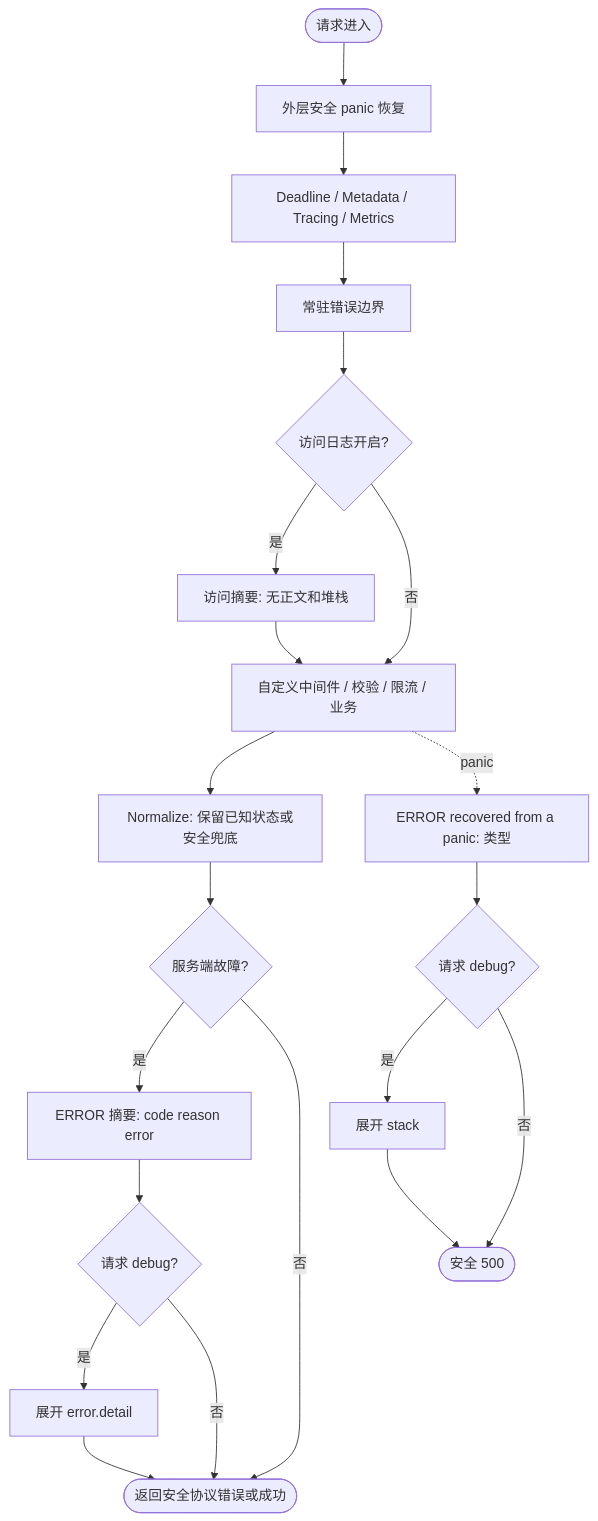
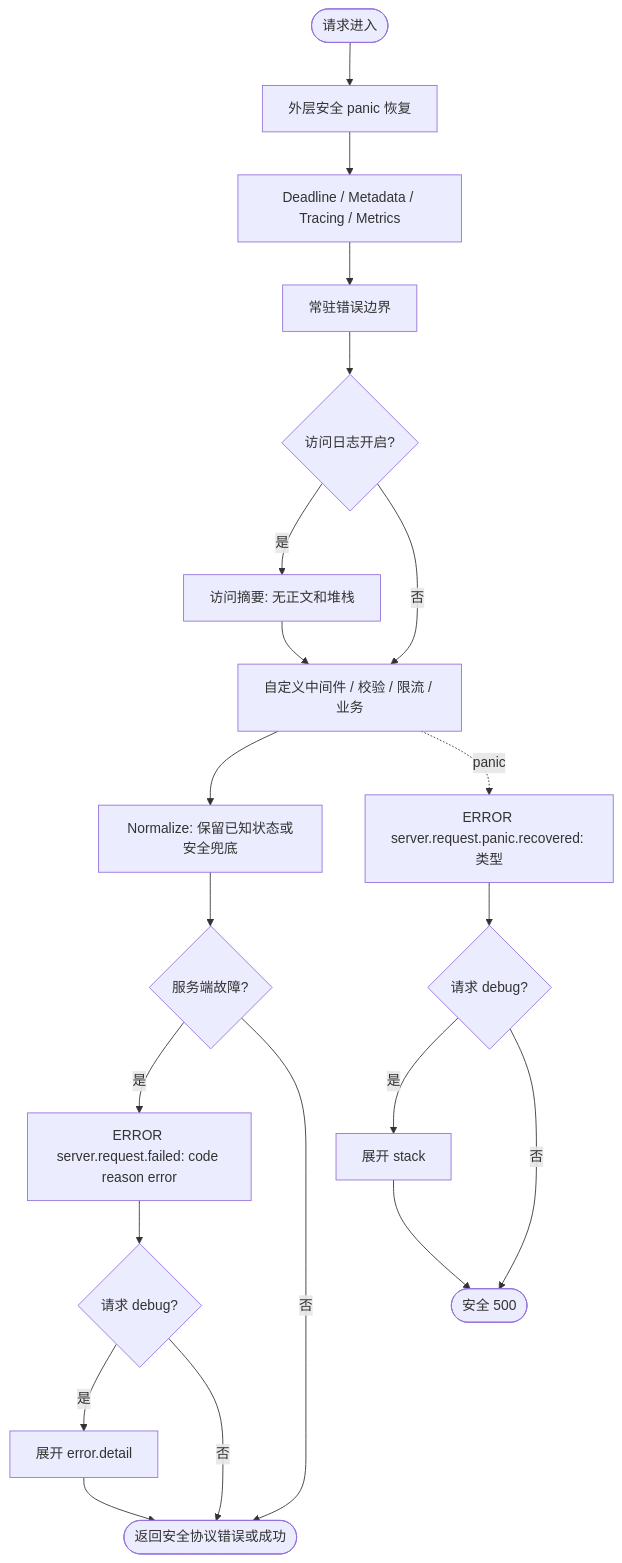
One commit to jaggerzhuang1994/kratos-foundation changed diagram 11 of 11 in pkg/server/README.md. Above: the diagram before and after it, drawn with Mermaid. The commit also changed other lines of this file and 204 other files, not shown here.

````diff
--- a/pkg/server/README.md
+++ b/pkg/server/README.md
@@ -454,24 +521,24 @@
 ```mermaid
 flowchart TD
     A([请求进入]) --> B[外层安全 panic 恢复]
     B --> C[Deadline / Metadata / Tracing / Metrics]
     C --> D[常驻错误边界]
     D --> E{访问日志开启?}
     E -- 是 --> F[访问摘要: 无正文和堆栈]
     E -- 否 --> G[自定义中间件 / 校验 / 限流 / 业务]
     F --> G
     G --> H[Normalize: 保留已知状态或安全兜底]
     H --> I{服务端故障?}
-    I -- 是 --> J[ERROR 摘要: code reason error]
+    I -- 是 --> J[ERROR server.request.failed: code reason error]
     I -- 否 --> K([返回安全协议错误或成功])
     J --> N{请求 debug?}
     N -- 是 --> O[展开 error.detail]
     N -- 否 --> K
     O --> K
-    G -. panic .-> L[ERROR recovered from a panic: 类型]
+    G -. panic .-> L[ERROR server.request.panic.recovered: 类型]
     L --> P{请求 debug?}
     P -- 是 --> Q[展开 stack]
     P -- 否 --> M
     Q --> M
     M([安全 500])
 ```
````
